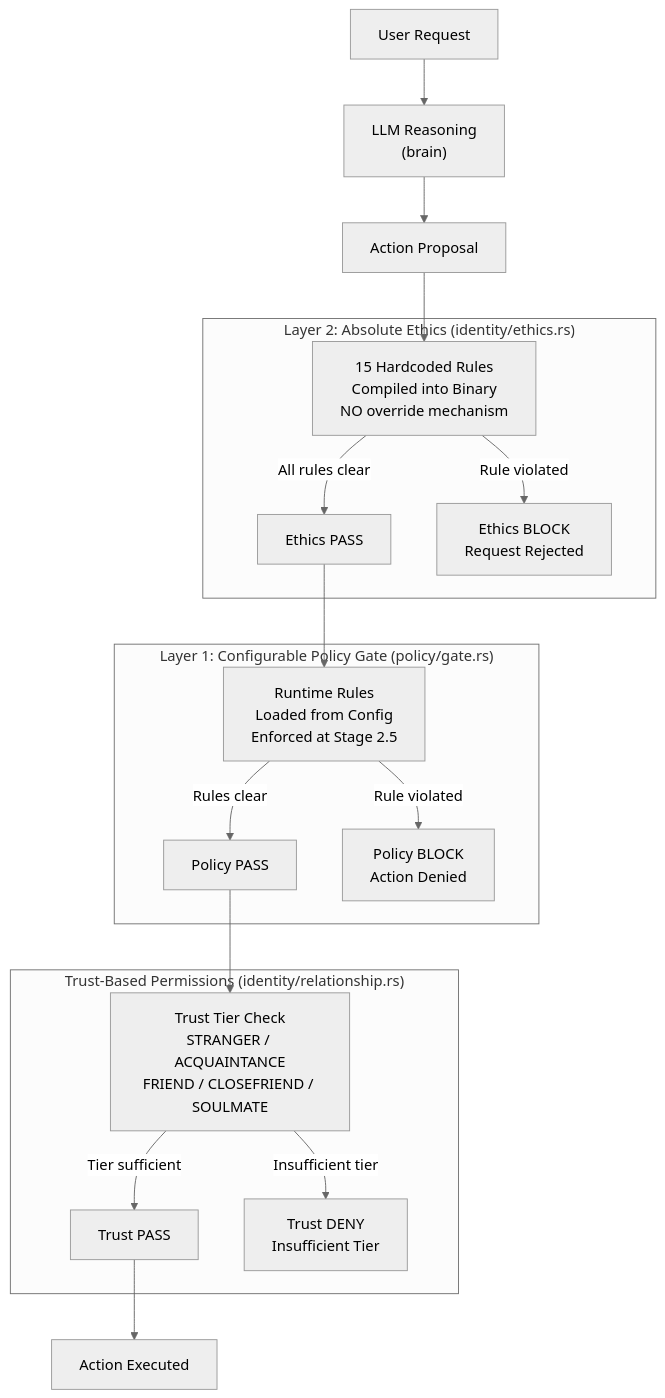
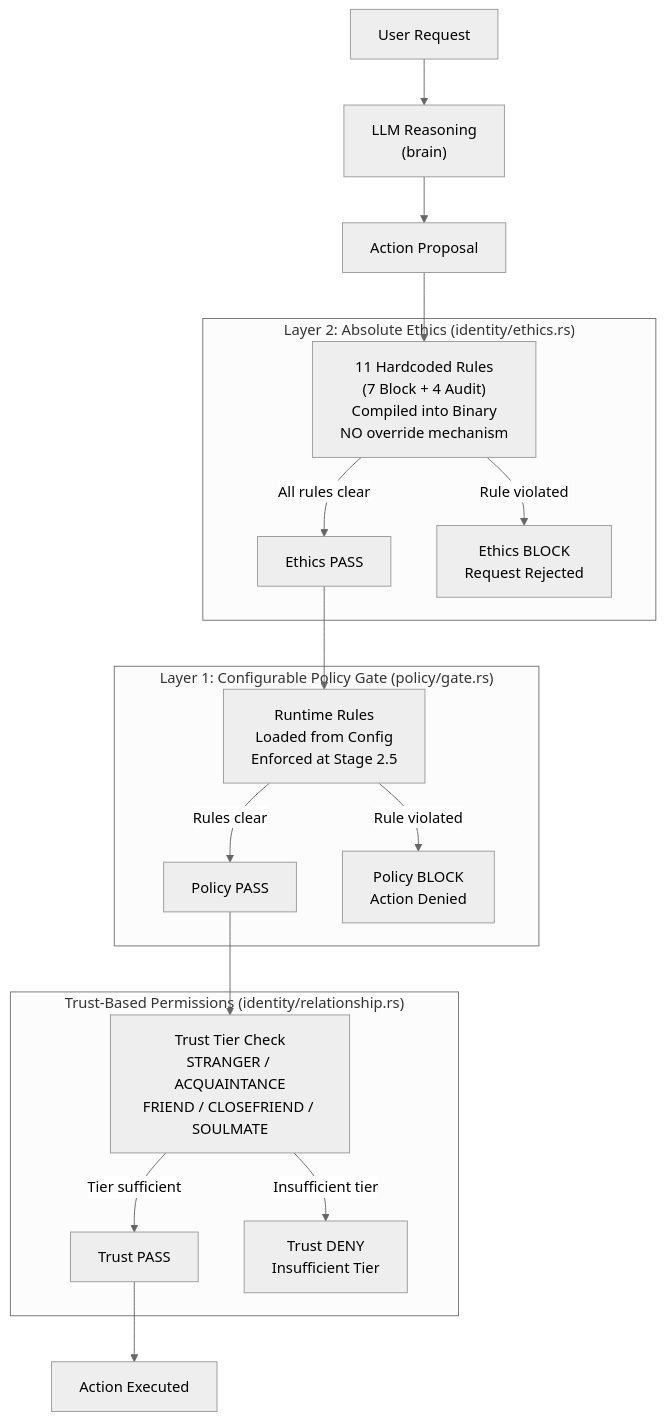
The first of 2 diagrams in docs/architecture/AURA-V4-IDENTITY-ETHICS-AND-PHILOSOPHY.md (AdityaPagare619/aura), drawn with Mermaid (neutral theme) before and after one commit. The commit also changed other lines of this file, not shown here.

First line of the commit message:
docs(ethics): reconcile rule count with implementation, note layer separation

````diff
--- a/docs/architecture/AURA-V4-IDENTITY-ETHICS-AND-PHILOSOPHY.md
+++ b/docs/architecture/AURA-V4-IDENTITY-ETHICS-AND-PHILOSOPHY.md
@@ -211,39 +211,39 @@
 ```mermaid
 graph TD
     UserRequest["User Request"]
     LLMReason["LLM Reasoning\n(brain)"]
     ActionProposal["Action Proposal"]
     
     subgraph Layer2["Layer 2: Absolute Ethics (identity/ethics.rs)"]
-        EthicsCheck["15 Hardcoded Rules\nCompiled into Binary\nNO override mechanism"]
+        EthicsCheck["11 Hardcoded Rules\n(7 Block + 4 Audit)\nCompiled into Binary\nNO override mechanism"]
         EthicsPass["Ethics PASS"]
         EthicsBlock["Ethics BLOCK\nRequest Rejected"]
     end
 
     subgraph Layer1["Layer 1: Configurable Policy Gate (policy/gate.rs)"]
         PolicyCheck["Runtime Rules\nLoaded from Config\nEnforced at Stage 2.5"]
         PolicyPass["Policy PASS"]
         PolicyBlock["Policy BLOCK\nAction Denied"]
     end
 
     subgraph TrustLayer["Trust-Based Permissions (identity/relationship.rs)"]
         TrustCheck["Trust Tier Check\nSTRANGER / ACQUAINTANCE\nFRIEND / CLOSEFRIEND / SOULMATE"]
         TrustPass["Trust PASS"]
         TrustDeny["Trust DENY\nInsufficient Tier"]
     end
 
     Execute["Action Executed"]
 
     UserRequest --> LLMReason
     LLMReason --> ActionProposal
     ActionProposal --> EthicsCheck
     EthicsCheck -->|"Rule violated"| EthicsBlock
     EthicsCheck -->|"All rules clear"| EthicsPass
     EthicsPass --> PolicyCheck
     PolicyCheck -->|"Rule violated"| PolicyBlock
     PolicyCheck -->|"Rules clear"| PolicyPass
     PolicyPass --> TrustCheck
     TrustCheck -->|"Insufficient tier"| TrustDeny
     TrustCheck -->|"Tier sufficient"| TrustPass
     TrustPass --> Execute
 ```
````
